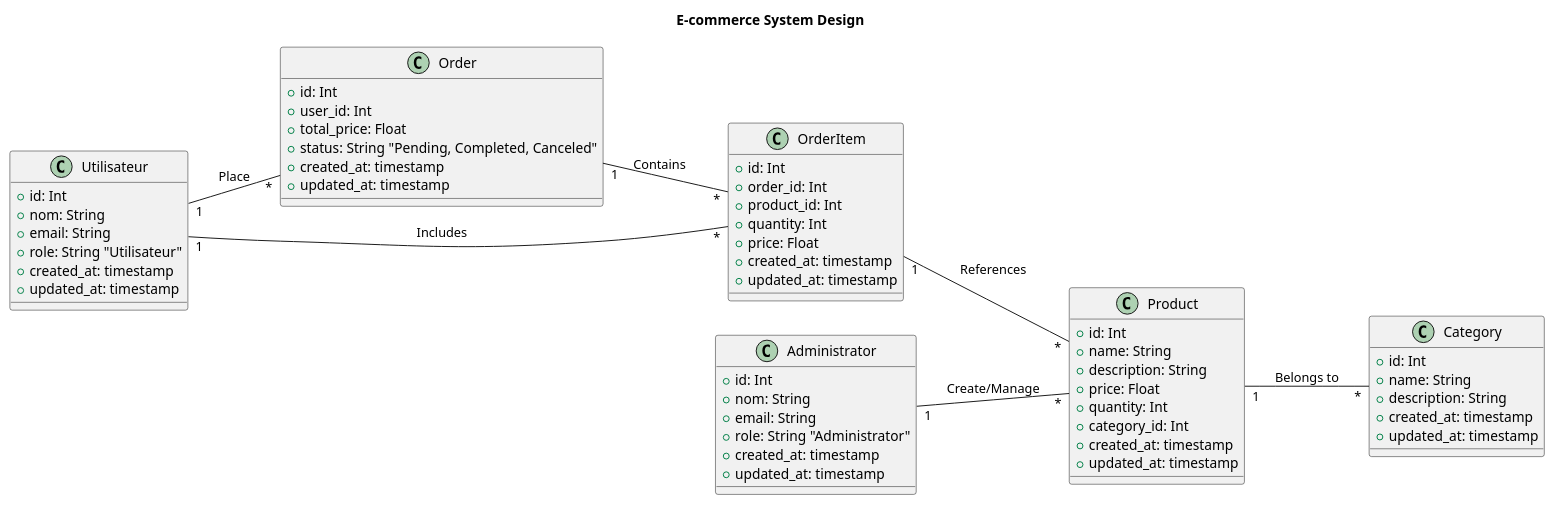
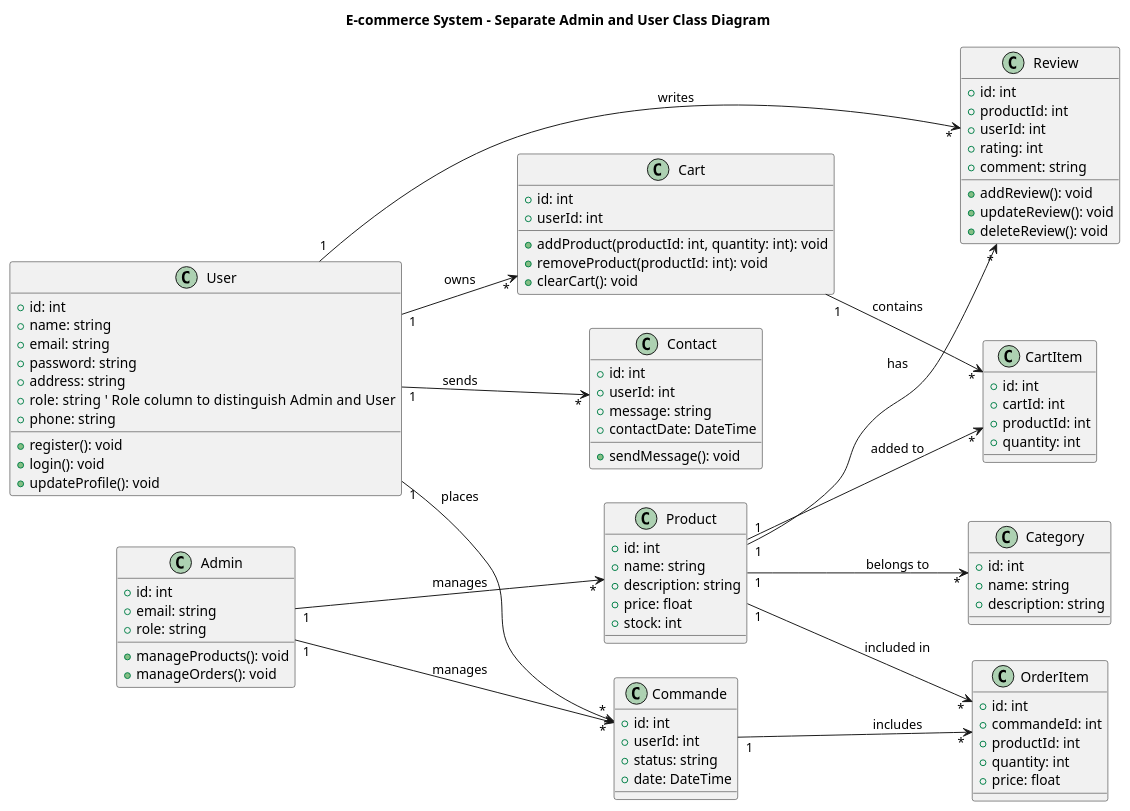
One commit to samir20-23/siteweb_ecommerce changed the diagram in technique/Conception/diagramme-de-class.plantuml. Above: the diagram before and after it, drawn with PlantUML. The commit also changed other lines of this file and 5 other files, not shown here.

```diff
--- a/technique/Conception/diagramme-de-class.plantuml
+++ b/technique/Conception/diagramme-de-class.plantuml
@@ -1,84 +1,124 @@
 @startuml
 left to right direction
 
-title E-commerce System Design
+title E-commerce System - Separate Admin and User Class Diagram
 
-' Define the Utilisateur (User) class with role as an attribute
-class Utilisateur {
-    +id: Int
-    +nom: String
-    +email: String
-    +role: String "Utilisateur"
-    +created_at: timestamp
-    +updated_at: timestamp
+' User Class
+class User {
+  +id: int
+  +name: string
+  +email: string
+  +password: string
+  +address: string
+  +role: string   ' Role column to distinguish Admin and User
+  +phone: string
+  +register(): void
+  +login(): void
+  +updateProfile(): void
 }
 
-' Define the Administrator class which extends Utilisateur
-class Administrator {
-    +id: Int
-    +nom: String
-    +email: String
-    +role: String "Administrator"
-    +created_at: timestamp
-    +updated_at: timestamp
+' Admin Class (inherits User)
+class Admin {
+  +id: int
+  +email: string
+  +role: string
+  +manageProducts(): void
+  +manageOrders(): void
 }
 
-' Define the Product class with attributes related to product information
+' Product Class
 class Product {
-    +id: Int
-    +name: String
-    +description: String
-    +price: Float
-    +quantity: Int
-    +category_id: Int
-    +created_at: timestamp
-    +updated_at: timestamp
+  +id: int
+  +name: string
+  +description: string
+  +price: float
+  +stock: int
 }
 
-' Define the Category class to organize products
+' Category Class
 class Category {
-    +id: Int
-    +name: String
-    +description: String
-    +created_at: timestamp
-    +updated_at: timestamp
+  +id: int
+  +name: string
+  +description: string
 }
 
-' Define the Order class for handling user purchases
-class Order {
-    +id: Int
-    +user_id: Int
-    +total_price: Float
-    +status: String "Pending, Completed, Canceled"
-    +created_at: timestamp
-    +updated_at: timestamp
+' Commande Class (Order)
+class Commande {
+  +id: int
+  +userId: int
+  +status: string
+  +date: DateTime
 }
 
-' Define the OrderItem class for managing products in an order
+' OrderItem Class (Items within Order)
 class OrderItem {
-    +id: Int
-    +order_id: Int
-    +product_id: Int
-    +quantity: Int
-    +price: Float
-    +created_at: timestamp
-    +updated_at: timestamp
+  +id: int
+  +commandeId: int
+  +productId: int
+  +quantity: int
+  +price: float
 }
 
-' Define the relationships between classes
+' Cart Class
+class Cart {
+  +id: int
+  +userId: int
+  +addProduct(productId: int, quantity: int): void
+  +removeProduct(productId: int): void
+  +clearCart(): void
+}
 
-' Administrator can create and manage products
-Administrator "1" -- "*" Product : "Create/Manage"
+' CartItem Class (Items within Cart)
+class CartItem {
+  +id: int
+  +cartId: int
+  +productId: int
+  +quantity: int
+}
 
-' Utilisateur can place orders
-Utilisateur "1" -- "*" Order : "Place"
-Utilisateur "1" -- "*" OrderItem : "Includes"
+' Review Class (Product Review)
+class Review {
+  +id: int
+  +productId: int
+  +userId: int
+  +rating: int
+  +comment: string
+  +addReview(): void
+  +updateReview(): void
+  +deleteReview(): void
+}
 
-' Order contains OrderItems with products
-Order "1" -- "*" OrderItem : "Contains"
-OrderItem "1" -- "*" Product : "References"
+' Contact Class (Messages)
+class Contact {
+  +id: int
+  +userId: int
+  +message: string
+  +contactDate: DateTime
+  +sendMessage(): void
+}
 
-' Products are classified under categories
-Product "1" -- "*" Category : "Belongs to"
+' Relationships
+
+' Admin manages Products and Orders
+Admin "1" --> "*" Product : manages
+Admin "1" --> "*" Commande : manages
+
+' User places Orders, adds products to Cart, writes Reviews, and sends Contact messages
+User "1" --> "*" Commande : places
+User "1" --> "*" Cart : owns
+User "1" --> "*" Review : writes
+User "1" --> "*" Contact : sends
+
+' Product belongs to Category, and has OrderItems, CartItems, and Reviews
+Product "1" --> "*" OrderItem : included in
+Product "1" --> "*" CartItem : added to
+Product "1" --> "*" Review : has
+Product "1" --> "*" Category : belongs to
+
+' Commande includes OrderItems
+Commande "1" --> "*" OrderItem : includes
+
+' Cart contains CartItems
+Cart "1" --> "*" CartItem : contains
 
 @enduml
```
